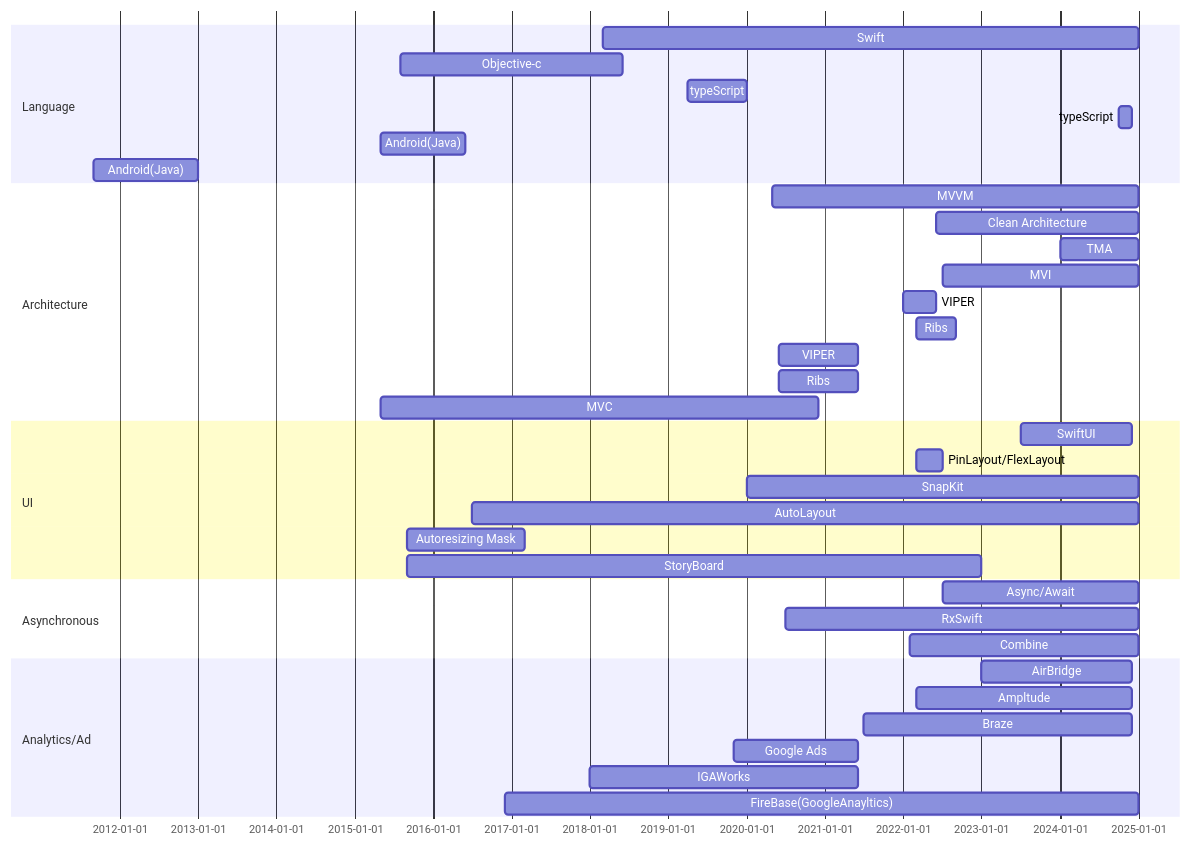
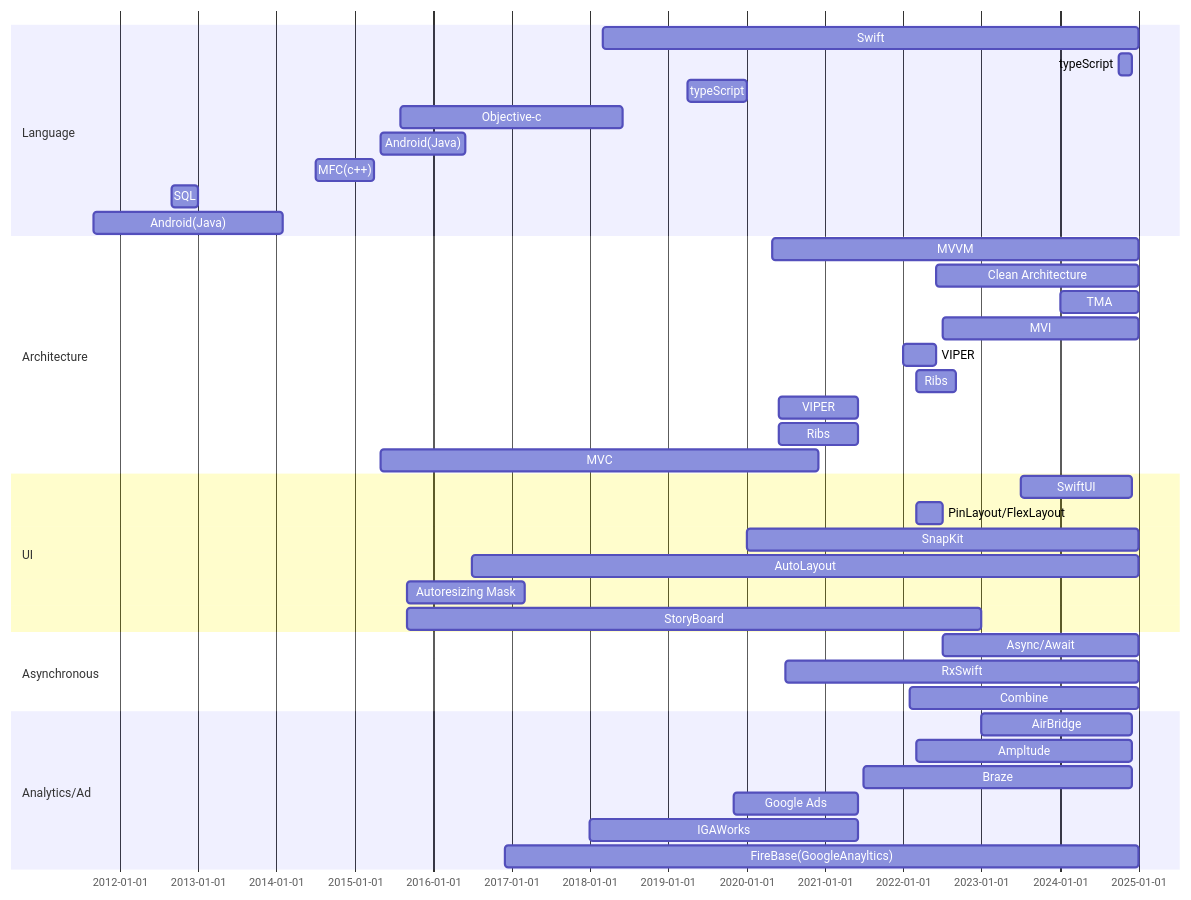
One commit to talq44/resume_portfolio changed the first of 2 diagrams in PORTFOLIO.md. Above: the diagram before and after it, drawn with Mermaid.

````diff
--- a/PORTFOLIO.md
+++ b/PORTFOLIO.md
@@ -3,43 +3,45 @@
 ``` mermaid
 gantt
   dateFormat  YYYY-MM
   section Language
   Swift :i3, 2018-03, 2025-01
-  Objective-c :i2, 2015-08, 2018-06
+  typeScript :a1, 2024-10, 2024-12
   typeScript :a1, 2019-04, 2020-01
-  typeScript :a1, 2024-10, 2024-12
-  Android(Java) :i1, 2015-05, 2016-06
-  Android(Java) :i1, 2011-09, 2013-01
+  Objective-c :l5, 2015-08, 2018-06
+  Android(Java) :l4, 2015-05, 2016-06
+  MFC(c++) :l3, 2014-07, 2015-04
+  SQL :l2, 2012-09, 2013-01
+  Android(Java) :l1, 2011-09, 2014-02
 
   section Architecture
   MVVM :a1, 2020-05, 2025-01
   Clean Architecture :a1, 2022-06, 2025-01
   TMA: a5, 2024-01, 2025-01
   MVI :a2, 2022-07, 2025-01
   VIPER: a4, 2022-01, 2022-06
   Ribs: a4, 2022-03, 2022-09
   VIPER: a4, 2020-06, 2021-06
   Ribs: a4, 2020-06, 2021-06
   MVC : a3, 2015-05, 2020-12
 
   section UI
   SwiftUI : c1, 2023-07, 2024-12
   PinLayout/FlexLayout : u3, 2022-03, 2022-07
   SnapKit : c3, 2020-01, 2025-01
   AutoLayout : c2, 2016-07, 2025-01
   Autoresizing Mask : u2, 2015-09, 2017-03
   StoryBoard : u1, 2015-09, 2023-01
 
   section Asynchronous
   Async/Await: r3, 2022-07, 2025-01
   RxSwift: r1, 2020-07, 2025-01
   Combine: r2, 2022-02, 2025-01
 
   section Analytics/Ad
   AirBridge : s3, 2023-01, 2024-12
   Ampltude : s2, 2022-03, 2024-12
   Braze : s2, 2021-07, 2024-12
   Google Ads: aa2, 2019-11, 2021-06
   IGAWorks : aa1, 2018-01, 2021-06
   FireBase(GoogleAnayltics) : s2, 2016-12, 2025-01
 ```
````
